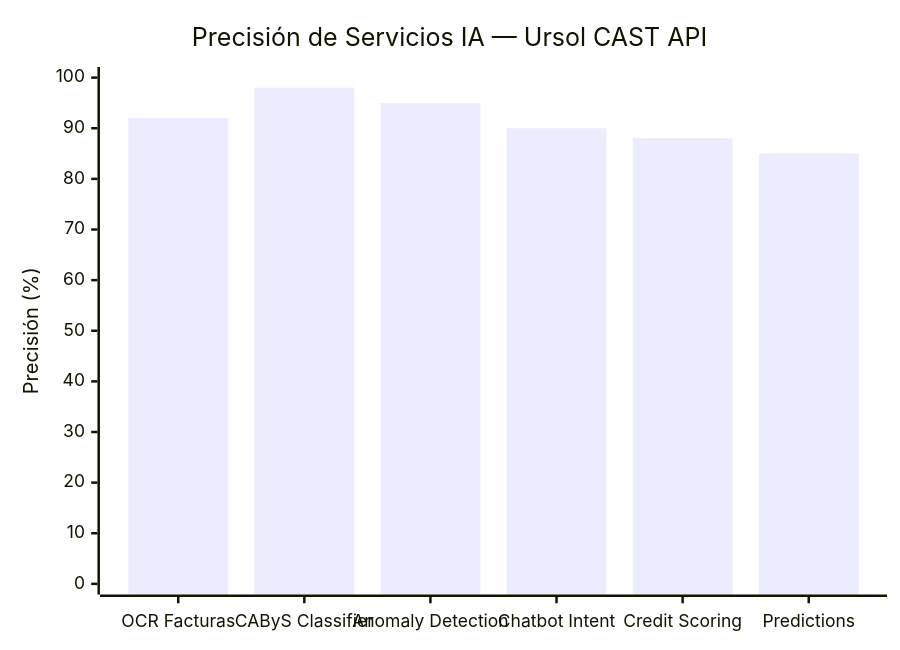
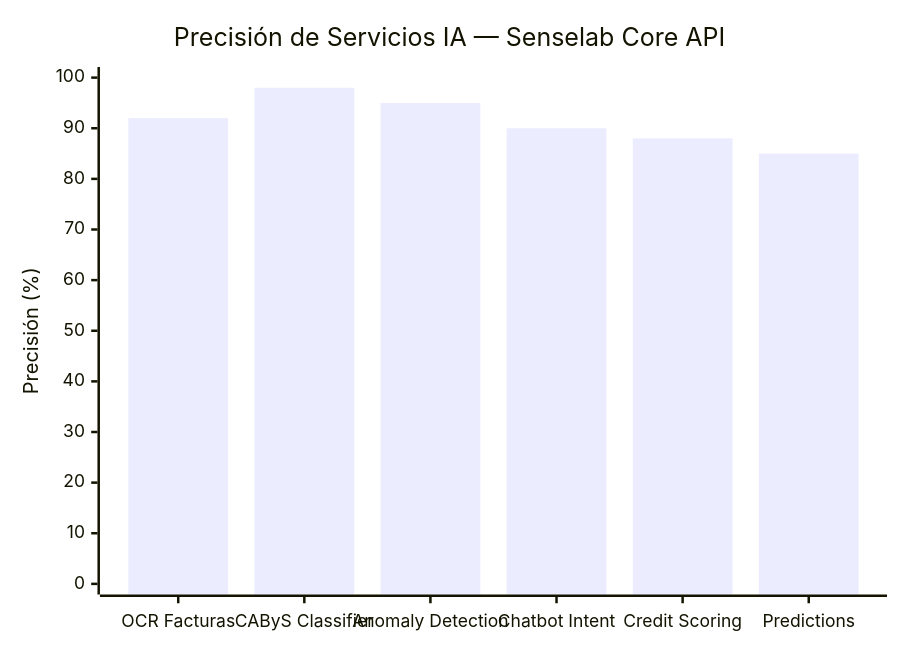
One commit to jeremy-sud/Senselab_Core_API changed the first of 2 diagrams in docs/diagrams/04-precision-servicios-ia.md. Above: the diagram before and after it, drawn with Mermaid. The commit also changed 409 other files, not shown here.

````diff
--- a/docs/diagrams/04-precision-servicios-ia.md
+++ b/docs/diagrams/04-precision-servicios-ia.md
@@ -7,7 +7,7 @@
 ```mermaid
 xychart-beta
-    title "Precisión de Servicios IA — Ursol CAST API"
+    title "Precisión de Servicios IA — Senselab Core API"
     x-axis ["OCR Facturas", "CAByS Classifier", "Anomaly Detection", "Chatbot Intent", "Credit Scoring", "Predictions"]
     y-axis "Precisión (%)" 0 --> 100
     bar [92, 98, 95, 90, 88, 85]
 ```
````
